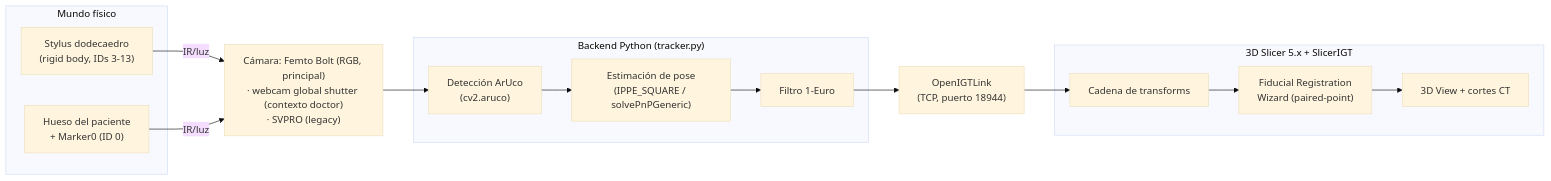
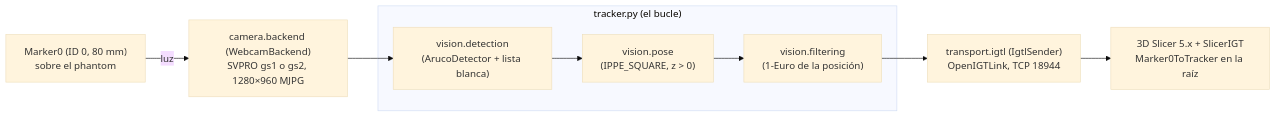
One commit to chuyAguilar/PoyectoNavegacion changed the first of 3 diagrams in docs/ARCHITECTURE.md. Above: the diagram before and after it, drawn with Mermaid (base theme). The commit also changed other lines of this file and 6 other files, not shown here.

````diff
--- a/docs/ARCHITECTURE.md
+++ b/docs/ARCHITECTURE.md
@@ -32,24 +34,15 @@
 ```mermaid
 flowchart LR
-    subgraph FIS["Mundo físico"]
-        STY["Stylus dodecaedro\n(rigid body, IDs 3-13)"]
-        PAC["Hueso del paciente\n+ Marker0 (ID 0)"]
+    PAC["Marker0 (ID 0, 80 mm)\nsobre el phantom"]
+    CAM["camera.backend (WebcamBackend)\nSVPRO gs1 o gs2, 1280×960 MJPG"]
+    subgraph PY["tracker.py (el bucle)"]
+        DET["vision.detection\n(ArucoDetector + lista blanca)"]
+        POSE["vision.pose\n(IPPE_SQUARE, z > 0)"]
+        FILT["vision.filtering\n(1-Euro de la posición)"]
     end
-    CAM["Cámara: Femto Bolt (RGB, principal)\n· webcam global shutter (contexto doctor)\n· SVPRO (legacy)"]
-    subgraph PY["Backend Python (tracker.py)"]
-        DET["Detección ArUco\n(cv2.aruco)"]
-        POSE["Estimación de pose\n(IPPE_SQUARE / solvePnPGeneric)"]
-        FILT["Filtro 1-Euro"]
-    end
-    IGT["OpenIGTLink\n(TCP, puerto 18944)"]
-    subgraph SL["3D Slicer 5.x + SlicerIGT"]
-        HIER["Cadena de transforms"]
-        REG["Fiducial Registration\nWizard (paired-point)"]
-        VIZ["3D View + cortes CT"]
-    end
+    IGT["transport.igtl (IgtlSender)\nOpenIGTLink, TCP 18944"]
+    SL["3D Slicer 5.x + SlicerIGT\nMarker0ToTracker en la raíz"]
 
-    STY -- IR/luz --> CAM
-    PAC -- IR/luz --> CAM
-    CAM --> DET --> POSE --> FILT --> IGT --> HIER
-    HIER --> REG --> VIZ
+    PAC -- luz --> CAM
+    CAM --> DET --> POSE --> FILT --> IGT --> SL
 ```
````
